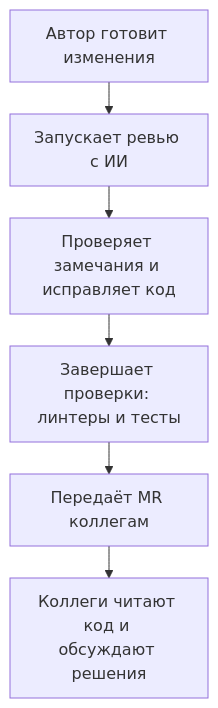
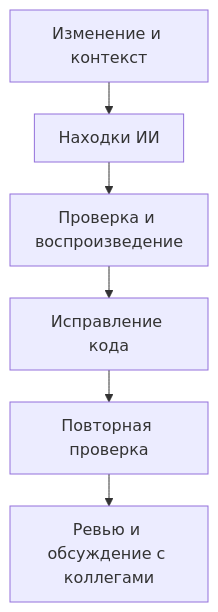
One commit to bedrock-python/bedrock-python.github.io changed the diagram in translations/ru/blog/posts/2026-09-13-ai-code-review-should-not-be-fully-autonomous.md. Above: the diagram before and after it, drawn with Mermaid. The commit also changed other lines of this file and 15 other files, not shown here.

````diff
--- a/translations/ru/blog/posts/2026-09-13-ai-code-review-should-not-be-fully-autonomous.md
+++ b/translations/ru/blog/posts/2026-09-13-ai-code-review-should-not-be-fully-autonomous.md
@@ -73,21 +133,21 @@
 ```mermaid
 ---
 config:
   theme: default
   look: classic
   flowchart:
     useMaxWidth: false
     wrappingWidth: 150
     padding: 12
     nodeSpacing: 24
     rankSpacing: 32
 ---
 flowchart TD
-    accTitle: Проверка с ИИ до ревью коллег
-    accDescr: Автор запускает проверку с ИИ и разбирает замечания до передачи MR коллегам. Команда читает код и обсуждает решения лично.
-    A["Автор готовит изменения"] --> B["Запускает ревью с ИИ"]
-    B --> C["Проверяет замечания и исправляет код"]
-    C --> D["Завершает проверки: линтеры и тесты"]
-    D --> E["Передаёт MR коллегам"]
-    E --> F["Коллеги читают код и обсуждают решения"]
+    accTitle: От находки к проверенному комментарию
+    accDescr: Автор проверяет находку, воспроизводит ошибку и исправляет код. После повторной проверки коллеги обсуждают актуальное изменение и поведение приложения.
+    A["Изменение и контекст"] --> B["Находки ИИ"]
+    B --> C["Проверка и воспроизведение"]
+    C --> D["Исправление кода"]
+    D --> E["Повторная проверка"]
+    E --> F["Ревью и обсуждение с коллегами"]
 ```
````
